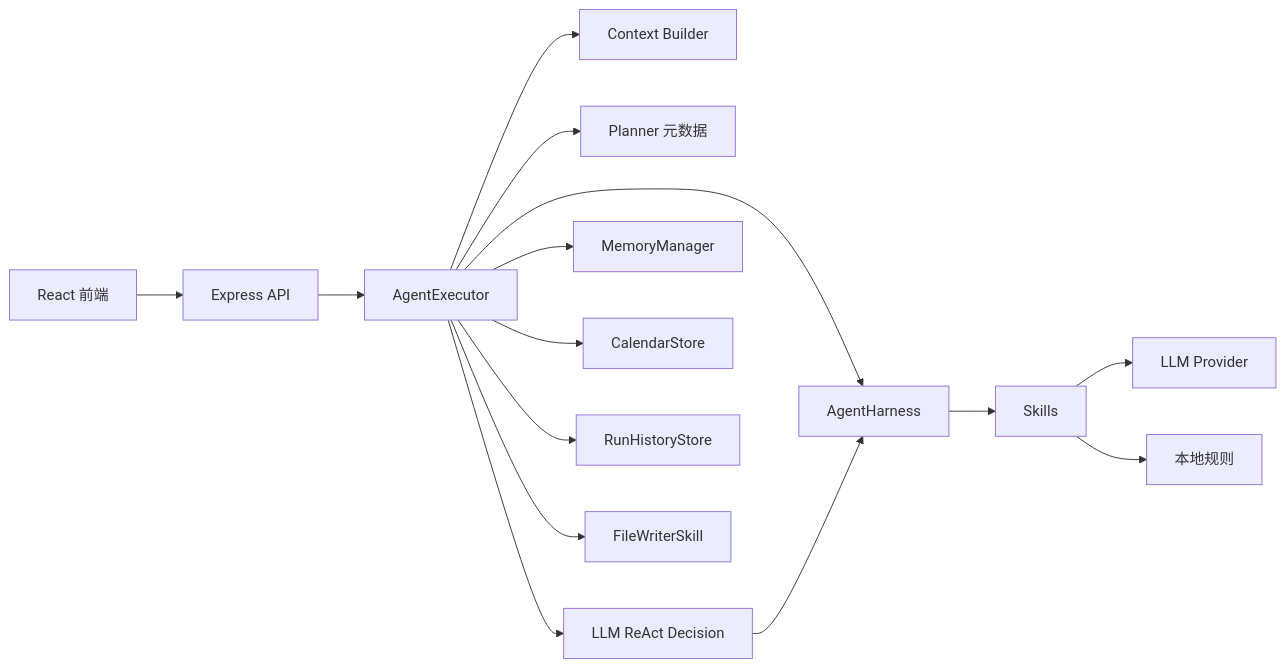
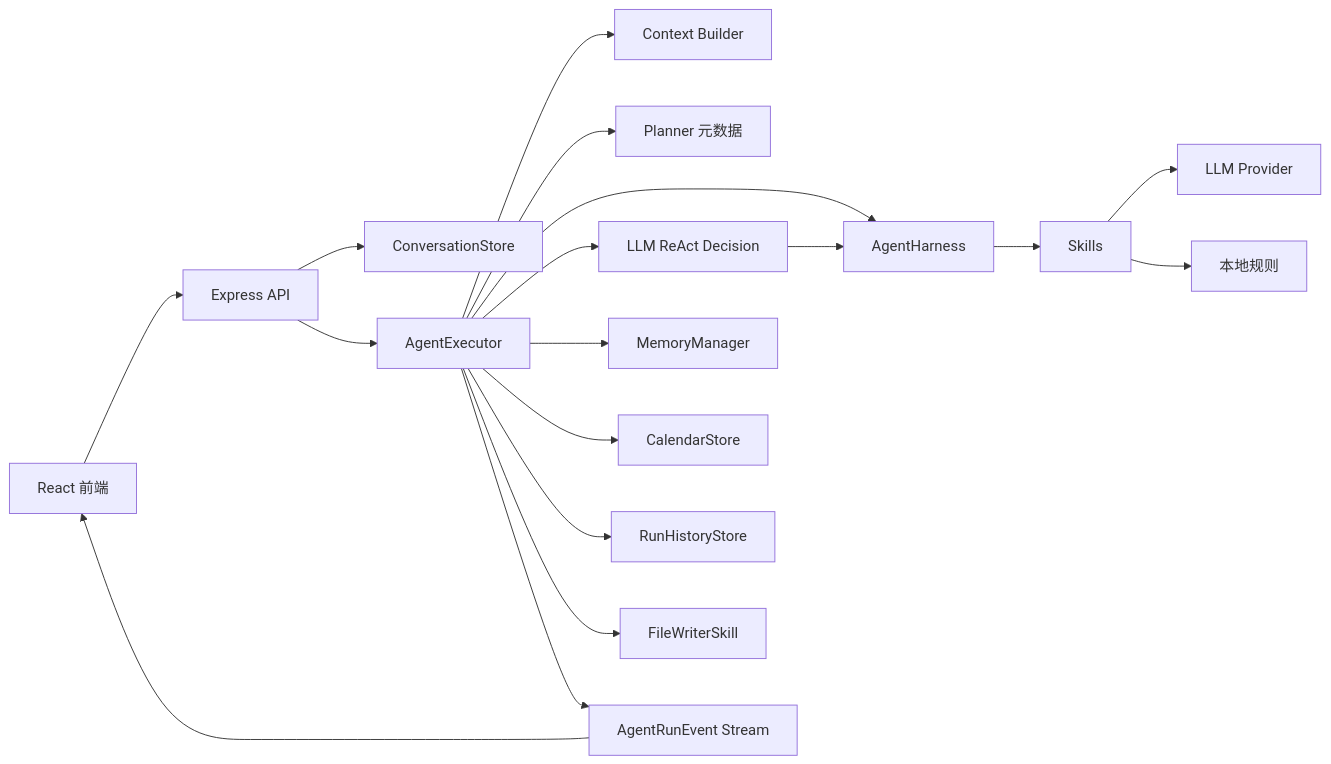
The second of 17 diagrams in docs/AGENT_ENGINEERING.md (YinL04/Daily-tasks-Agent-assistant), drawn with Mermaid before and after one commit. The commit also changed other lines of this file and 26 other files, not shown here.

````diff
--- a/docs/AGENT_ENGINEERING.md
+++ b/docs/AGENT_ENGINEERING.md
@@ -58,17 +78,20 @@
 ```mermaid
 flowchart LR
   UI["React 前端"] --> API["Express API"]
+  API --> Conversation["ConversationStore"]
   API --> Executor["AgentExecutor"]
   Executor --> Context["Context Builder"]
   Executor --> Planner["Planner 元数据"]
   Executor --> Harness["AgentHarness"]
   Executor --> React["LLM ReAct Decision"]
   React --> Harness
   Harness --> Skills["Skills"]
   Skills --> LLM["LLM Provider"]
   Skills --> Local["本地规则"]
   Executor --> Memory["MemoryManager"]
   Executor --> Calendar["CalendarStore"]
   Executor --> History["RunHistoryStore"]
   Executor --> Files["FileWriterSkill"]
+  Executor --> Stream["AgentRunEvent Stream"]
+  Stream --> UI
 ```
````
